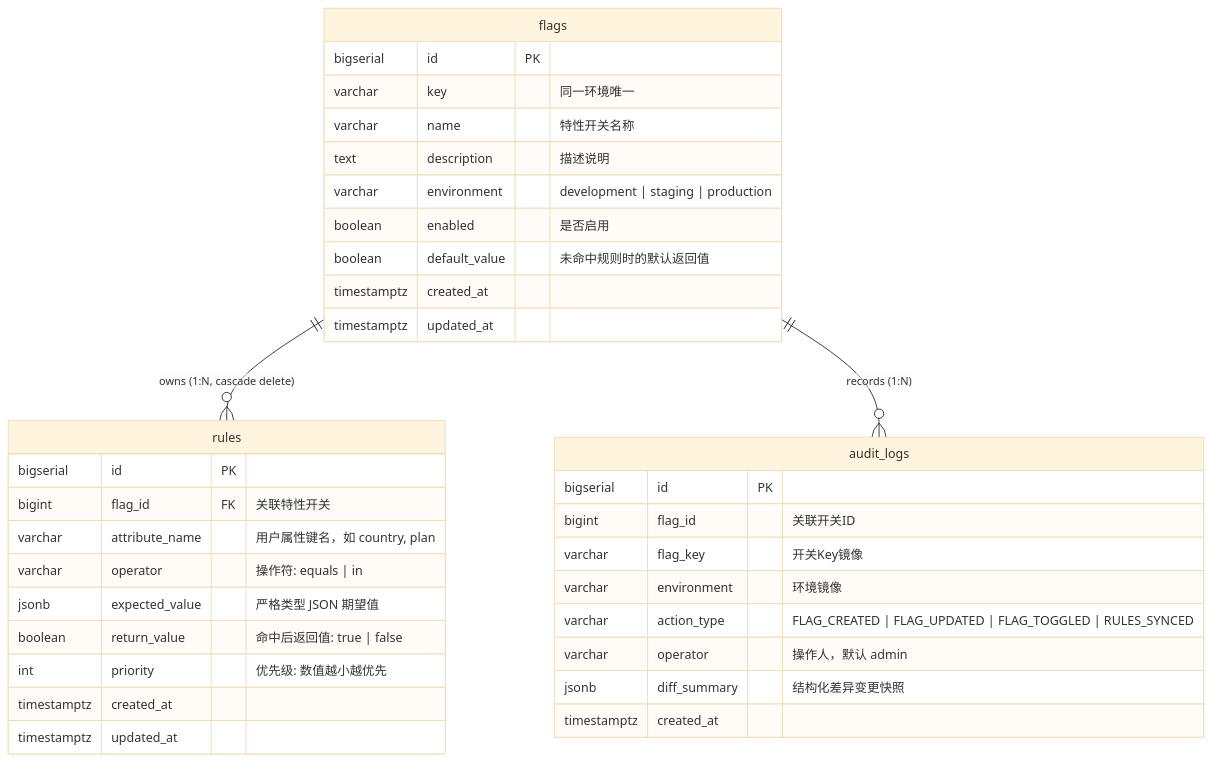
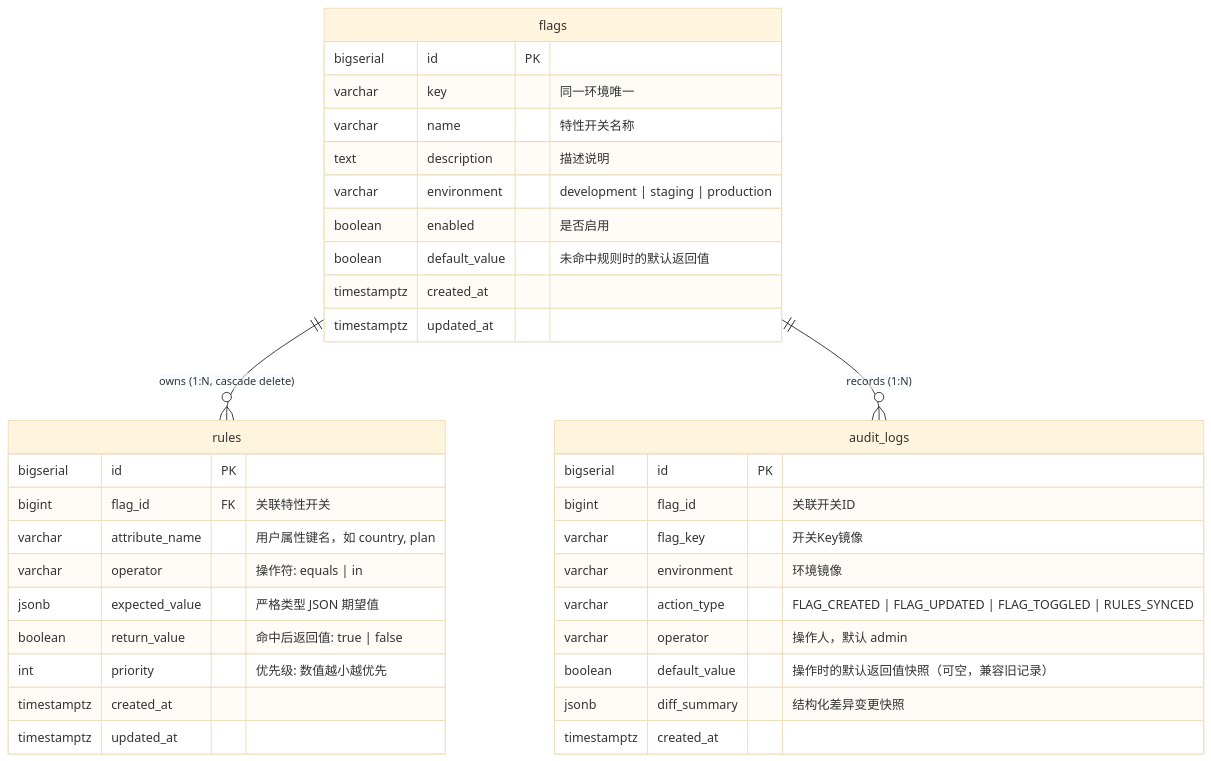
Before and after one commit to piduoluo/feature-flag-platform: the diagram in README.md, drawn with Mermaid (base theme). The commit also changed other lines of this file and 24 other files, not shown here.

Commit message:
feat(audit): redesign history and capture default value snapshots

````diff
--- a/README.md
+++ b/README.md
@@ -147,40 +147,41 @@
 ```mermaid
 erDiagram
     flags ||--o{ rules : "owns (1:N, cascade delete)"
     flags ||--o{ audit_logs : "records (1:N)"
 
     flags {
         bigserial id PK
         varchar key "同一环境唯一"
         varchar name "特性开关名称"
         text description "描述说明"
         varchar environment "development | staging | production"
         boolean enabled "是否启用"
         boolean default_value "未命中规则时的默认返回值"
         timestamptz created_at
         timestamptz updated_at
     }
 
     rules {
         bigserial id PK
         bigint flag_id FK "关联特性开关"
         varchar attribute_name "用户属性键名，如 country, plan"
         varchar operator "操作符: equals | in"
         jsonb expected_value "严格类型 JSON 期望值"
         boolean return_value "命中后返回值: true | false"
         int priority "优先级: 数值越小越优先"
         timestamptz created_at
         timestamptz updated_at
     }
 
     audit_logs {
         bigserial id PK
         bigint flag_id "关联开关ID"
         varchar flag_key "开关Key镜像"
         varchar environment "环境镜像"
         varchar action_type "FLAG_CREATED | FLAG_UPDATED | FLAG_TOGGLED | RULES_SYNCED"
         varchar operator "操作人，默认 admin"
+        boolean default_value "操作时的默认返回值快照（可空，兼容旧记录）"
         jsonb diff_summary "结构化差异变更快照"
         timestamptz created_at
     }
 ```
````
